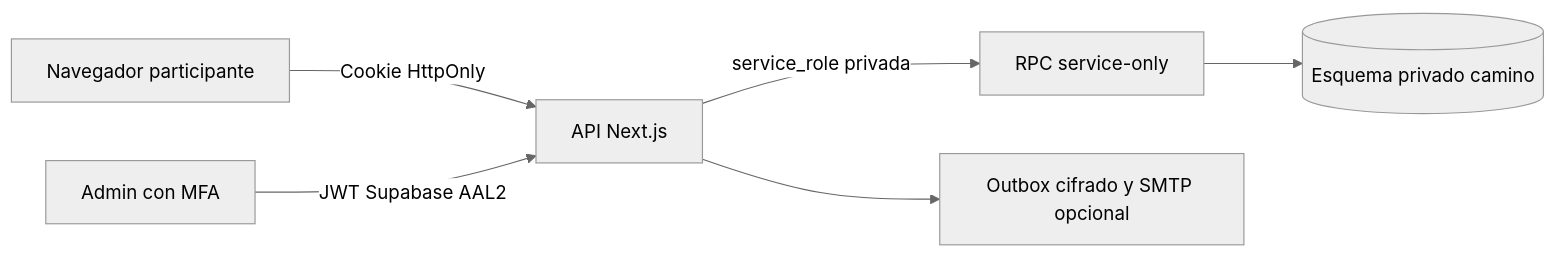
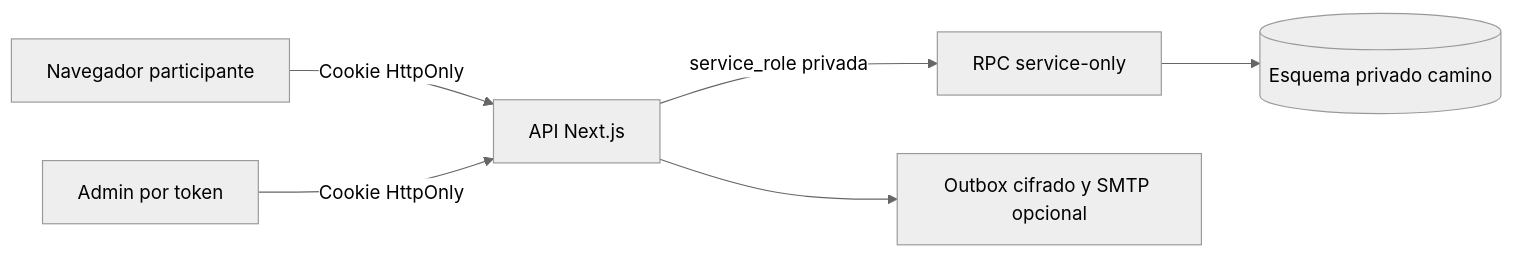
Before and after one commit to melendez17/Expo2026_CaminoDeLaHormiga: the diagram in docs/supabase/security.md, drawn with Mermaid (neutral theme). The commit also changed other lines of this file and 21 other files, not shown here.

Commit message:
feat: habilita acceso y alta administrativa solo con token

````diff
--- a/docs/supabase/security.md
+++ b/docs/supabase/security.md
@@ -7,8 +7,8 @@
 ```mermaid
 flowchart LR
   U[Navegador participante] -->|Cookie HttpOnly| N[API Next.js]
-  A[Admin con MFA] -->|JWT Supabase AAL2| N
+  A[Admin por token] -->|Cookie HttpOnly| N
   N -->|service_role privada| R[RPC service-only]
   R --> C[(Esquema privado camino)]
   N --> E[Outbox cifrado y SMTP opcional]
 ```
````
